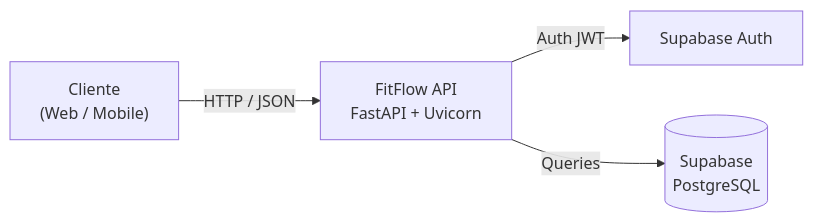
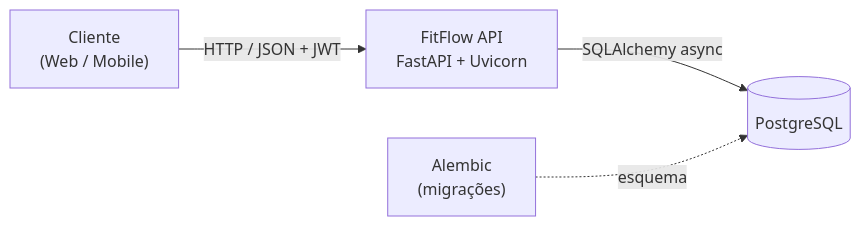
One commit to JoaoMeira29/fitflow-api changed the diagram in README.md. Above: the diagram before and after it, drawn with Mermaid. The commit also changed other lines of this file and 3 other files, not shown here.

Commit message:
chore: switch from Supabase to PostgreSQL

````diff
--- a/README.md
+++ b/README.md
@@ -62,6 +63,6 @@
 ```mermaid
 flowchart LR
-    Client["Cliente<br/>(Web / Mobile)"] -->|HTTP / JSON| API["FitFlow API<br/>FastAPI + Uvicorn"]
-    API -->|Auth JWT| Auth["Supabase Auth"]
-    API -->|Queries| DB[("Supabase<br/>PostgreSQL")]
+    Client["Cliente<br/>(Web / Mobile)"] -->|HTTP / JSON + JWT| API["FitFlow API<br/>FastAPI + Uvicorn"]
+    API -->|SQLAlchemy async| DB[("PostgreSQL")]
+    Alembic["Alembic<br/>(migrações)"] -.->|esquema| DB
 ```
````
